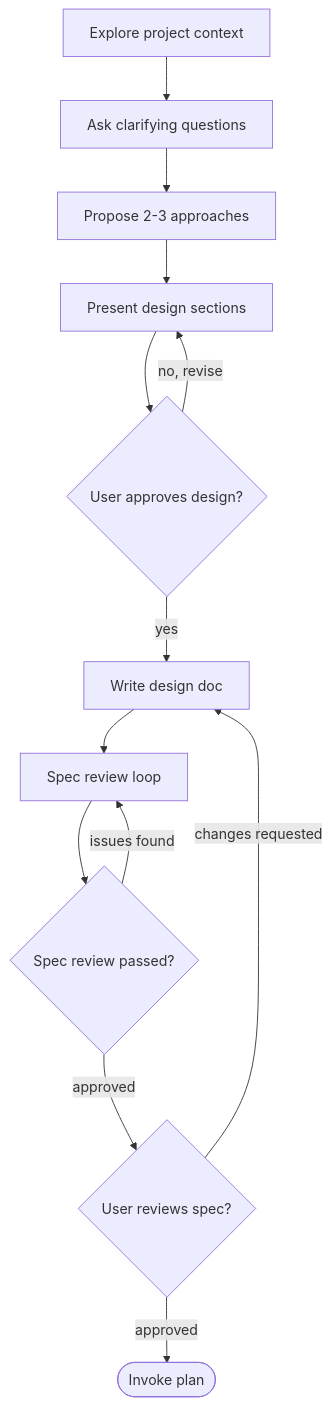
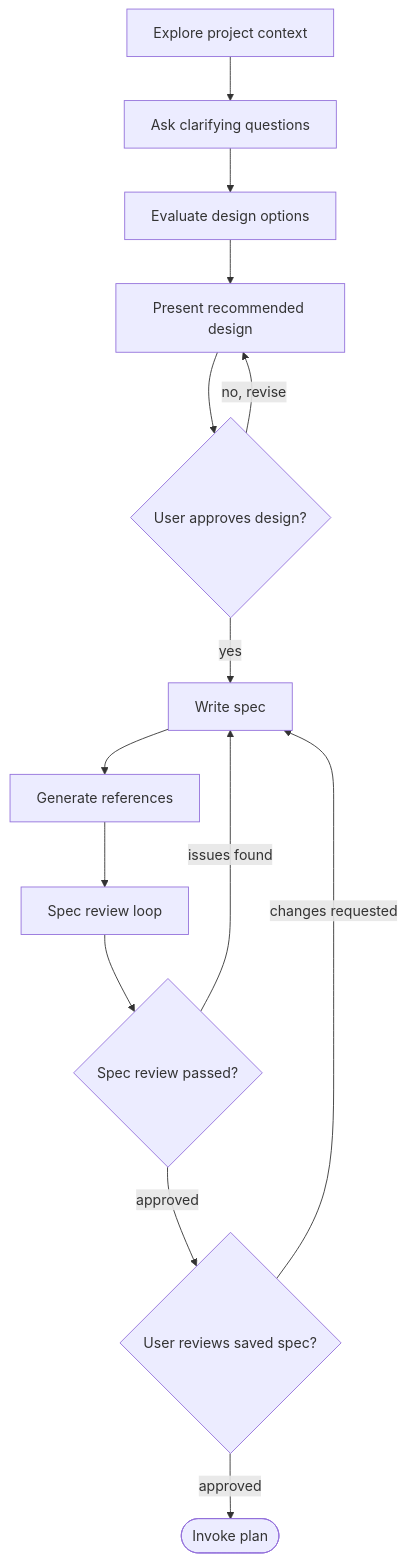
One commit to CXwudi/agent-config changed the diagram in skills/brainstorming/SKILL.md. Above: the diagram before and after it, drawn with Mermaid. The commit also changed other lines of this file and 2 other files, not shown here.

First line of the commit message:
♻️ refactor(brainstorming): narrow design workflow

````diff
--- a/skills/brainstorming/SKILL.md
+++ b/skills/brainstorming/SKILL.md
@@ -53,15 +51,16 @@
 ```mermaid
 flowchart TD
   A["Explore project context"] --> B["Ask clarifying questions"]
-  B --> C["Propose 2-3 approaches"]
-  C --> D["Present design sections"]
+  B --> C["Evaluate design options"]
+  C --> D["Present recommended design"]
   D --> E{"User approves design?"}
   E -- "no, revise" --> D
-  E -- yes --> F["Write design doc"]
-  F --> G["Spec review loop"]
-  G --> H{"Spec review passed?"}
-  H -- "issues found" --> G
-  H -- approved --> I{"User reviews spec?"}
-  I -- "changes requested" --> F
-  I -- approved --> J(["Invoke plan"])
+  E -- yes --> F["Write spec"]
+  F --> G["Generate references"]
+  G --> H["Spec review loop"]
+  H --> I{"Spec review passed?"}
+  I -- "issues found" --> F
+  I -- approved --> J{"User reviews saved spec?"}
+  J -- "changes requested" --> F
+  J -- approved --> K(["Invoke plan"])
 ```
````
